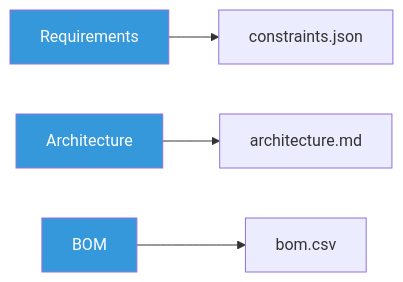
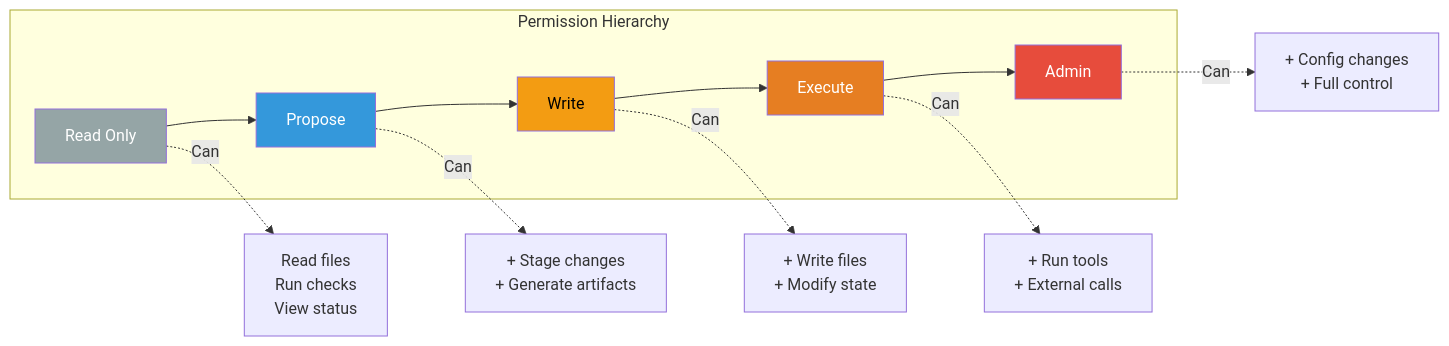
Diagram 14 of 20 in docs/architecture.md (FidelOdok/MetaForge-Planner), drawn with Mermaid before and after one commit. The commit also changed other lines of this file, not shown here.

First line of the commit message:
docs: comprehensive architecture documentation with 20 Mermaid diagrams

````diff
--- a/docs/architecture.md
+++ b/docs/architecture.md
@@ -90,10 +719,21 @@
 ```mermaid
 graph LR
-    A[Requirements] --> B[constraints.json]
-    C[Architecture] --> D[architecture.md]
-    E[BOM] --> F[bom.csv]
+    subgraph "Permission Hierarchy"
+        A[Read Only] --> B[Propose]
+        B --> C[Write]
+        C --> D[Execute]
+        D --> E[Admin]
+    end
 
-    style A fill:#3498db,color:#fff
-    style C fill:#3498db,color:#fff
-    style E fill:#3498db,color:#fff
+    A -.->|Can| A1[Read files<br/>Run checks<br/>View status]
+    B -.->|Can| B1[+ Stage changes<br/>+ Generate artifacts]
+    C -.->|Can| C1[+ Write files<br/>+ Modify state]
+    D -.->|Can| D1[+ Run tools<br/>+ External calls]
+    E -.->|Can| E1[+ Config changes<br/>+ Full control]
+
+    style A fill:#95a5a6,color:#fff
+    style B fill:#3498db,color:#fff
+    style C fill:#f39c12,color:#000
+    style D fill:#e67e22,color:#fff
+    style E fill:#e74c3c,color:#fff
 ```
````
